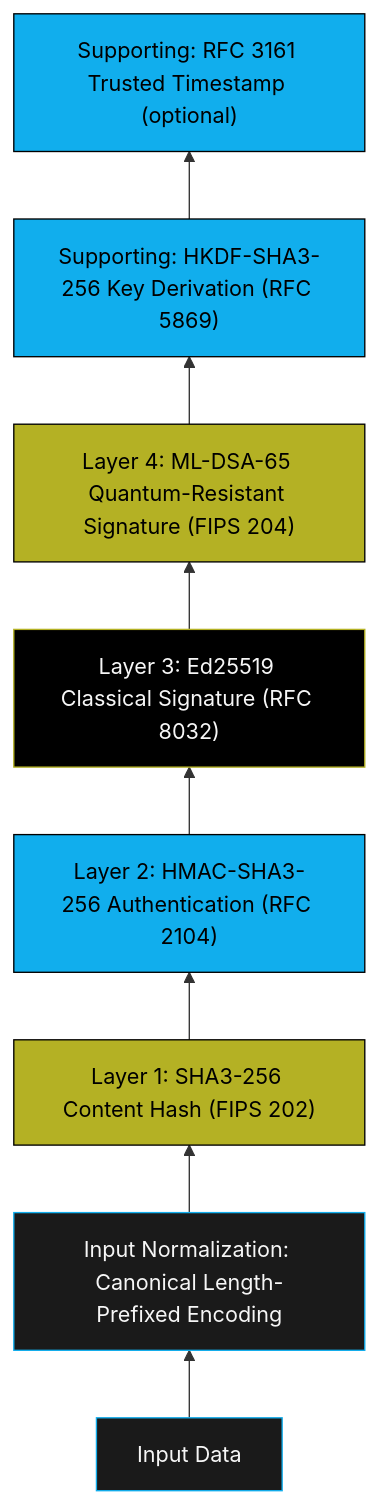
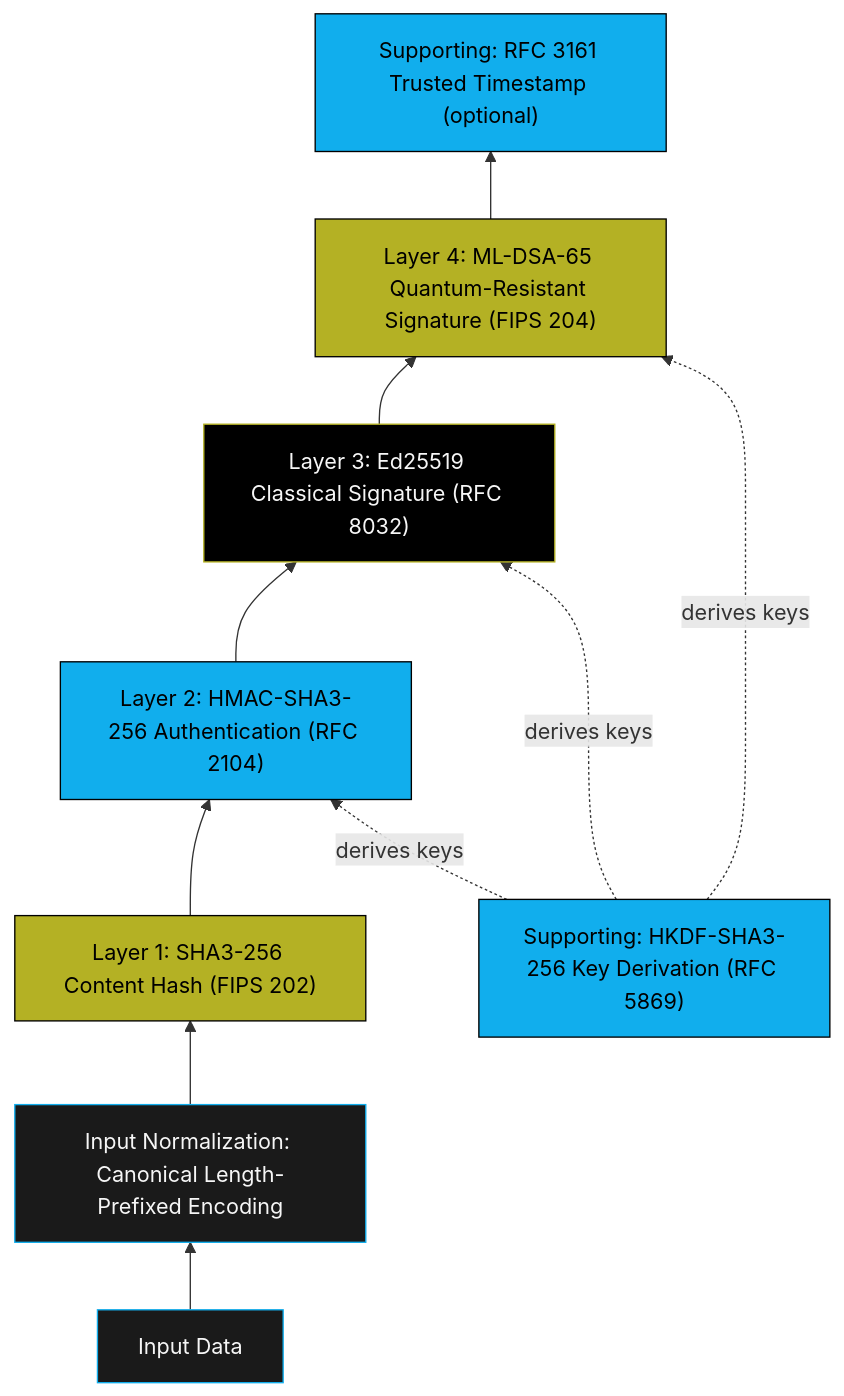
The third of 7 diagrams in wiki/Architecture.md (Steel-SecAdv-LLC/AMA-Cryptography), drawn with Mermaid before and after one commit. The commit also changed other lines of this file and 2 other files, not shown here.

Commit message:
docs(C4): fix all remaining 'six layers'/'6-layer' references and mermaid diagram
- ARCHITECTURE.md: updated lines 103, 107, 173, 241, 617-618, 624-625
  to use 'multi-layer' instead of '6-layer' or 'six'
- wiki/Architecture.md: updated line 9 'six independent' → 'multiple independent'
- wiki/Architecture.md: fixed mermaid diagram to show HKDF as a
  prerequisite (dashed arrows feeding into Layers 2-4) rather than a
  sequential post-signing step
- README.md: updated lines 52, 360, 382 to use 'multi-layer'

All 'six layer'/'6-layer' references in files touched by this PR are
now consistent with the restructured architecture description.

````diff
--- a/wiki/Architecture.md
+++ b/wiki/Architecture.md
@@ -117,16 +117,19 @@
 ```mermaid
 flowchart BT
     input["Input Data"]:::gray --> L0
     L0["Input Normalization: Canonical Length-Prefixed Encoding"]:::gray --> L1
     L1["Layer 1: SHA3-256 Content Hash (FIPS 202)"]:::gold --> L2
     L2["Layer 2: HMAC-SHA3-256 Authentication (RFC 2104)"]:::blue --> L3
     L3["Layer 3: Ed25519 Classical Signature (RFC 8032)"]:::black --> L4
-    L4["Layer 4: ML-DSA-65 Quantum-Resistant Signature (FIPS 204)"]:::gold --> S1
-    S1["Supporting: HKDF-SHA3-256 Key Derivation (RFC 5869)"]:::blue --> S2
+    L4["Layer 4: ML-DSA-65 Quantum-Resistant Signature (FIPS 204)"]:::gold --> S2
     S2["Supporting: RFC 3161 Trusted Timestamp (optional)"]:::blue
+
+    S1["Supporting: HKDF-SHA3-256 Key Derivation (RFC 5869)"]:::blue -.->|derives keys| L2
+    S1 -.->|derives keys| L3
+    S1 -.->|derives keys| L4
 
 classDef gold fill:#B4B124,stroke:#000000,color:#000000;
 classDef blue fill:#11AEED,stroke:#000000,color:#000000;
 classDef black fill:#000000,stroke:#B4B124,color:#f6f6f6;
 classDef gray fill:#1a1a1a,stroke:#11AEED,color:#f6f6f6;
 ```
````
